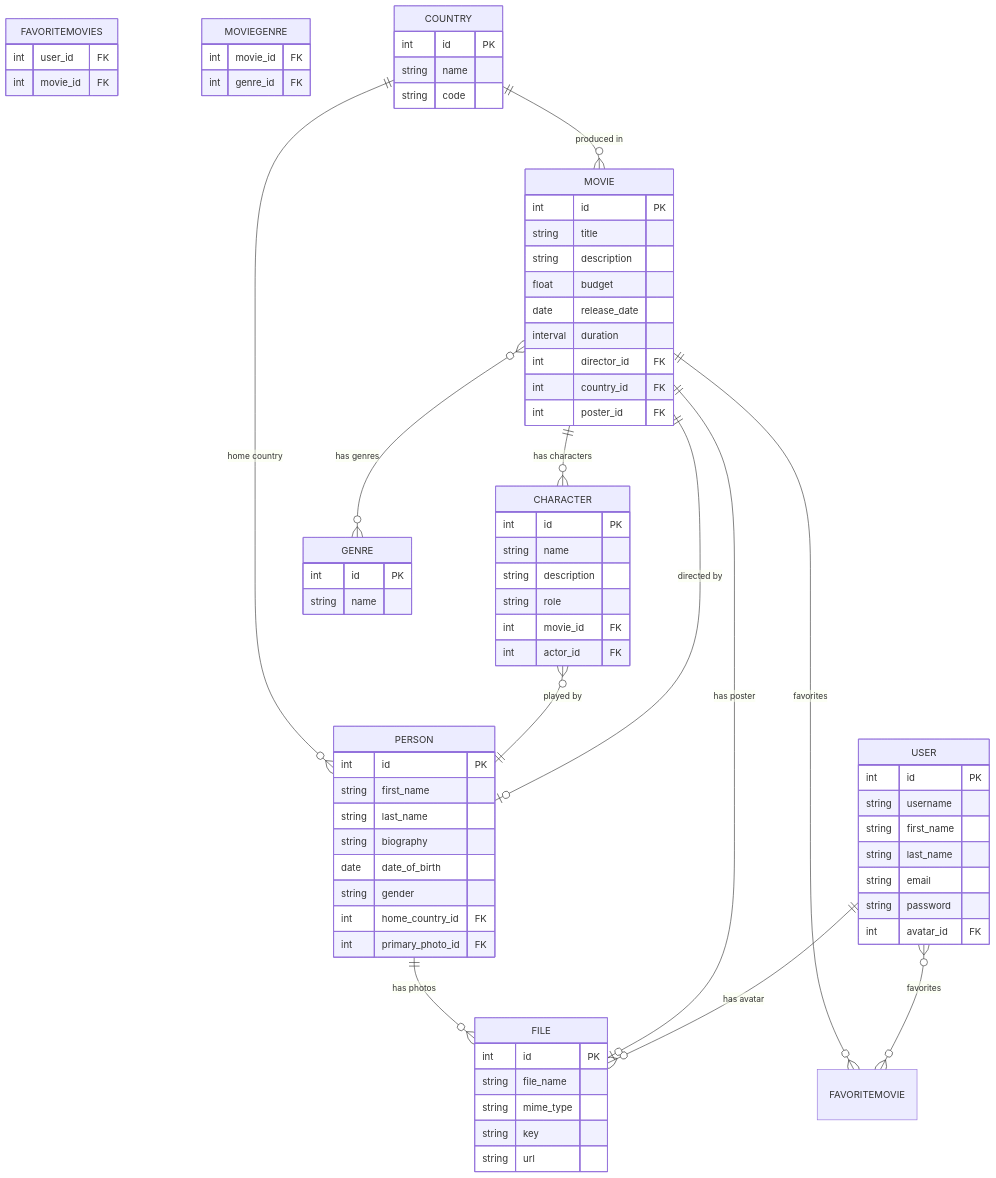
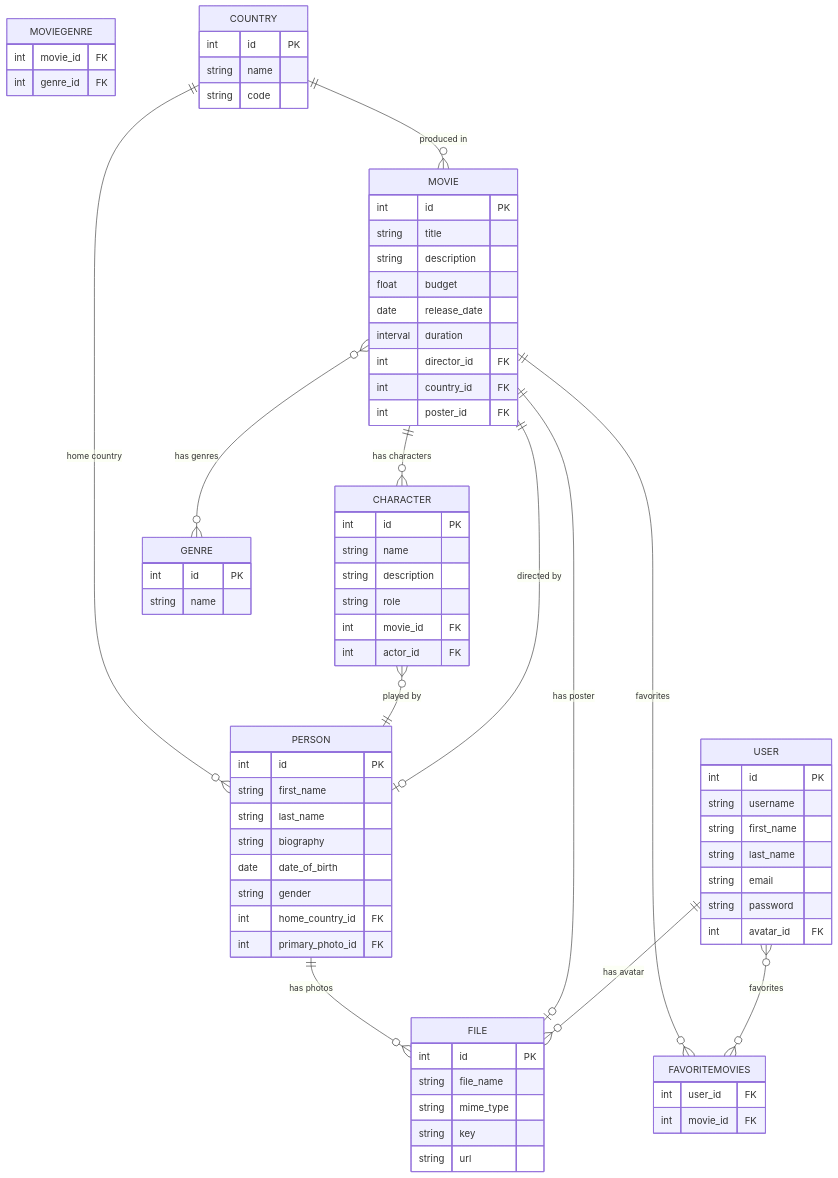
The diagram in README.md (XCODE89/movie_app_db), drawn with Mermaid before and after one commit.

Commit message:
+ Homework complete

```diff
--- a/README.md
+++ b/README.md
@@ -79,8 +79,8 @@
     MOVIE ||--o{ CHARACTER : "has characters"
     CHARACTER }o--|| PERSON : "played by"
     PERSON ||--o{ FILE : "has photos"
-    USER }o--o{ FAVORITEMOVIE : "favorites"
-    MOVIE ||--o{ FAVORITEMOVIE : "favorites"
+    USER }o--o{ FAVORITEMOVIES : "favorites"
+    MOVIE ||--o{ FAVORITEMOVIES : "favorites"
     COUNTRY ||--o{ MOVIE : "produced in"
     COUNTRY ||--o{ PERSON : "home country"
 
```
